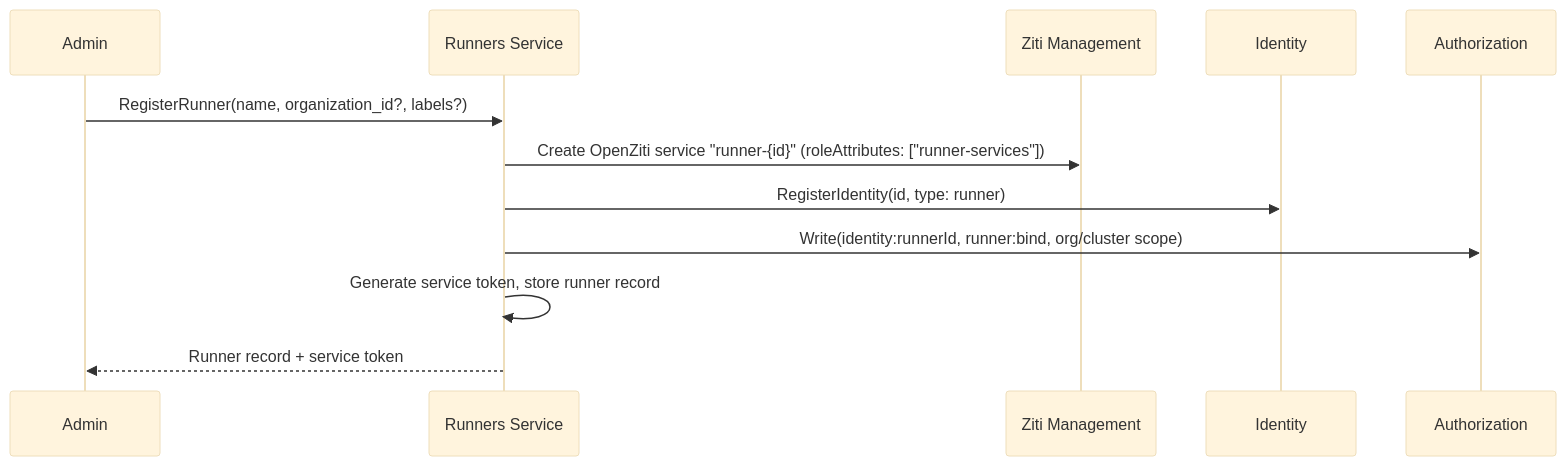
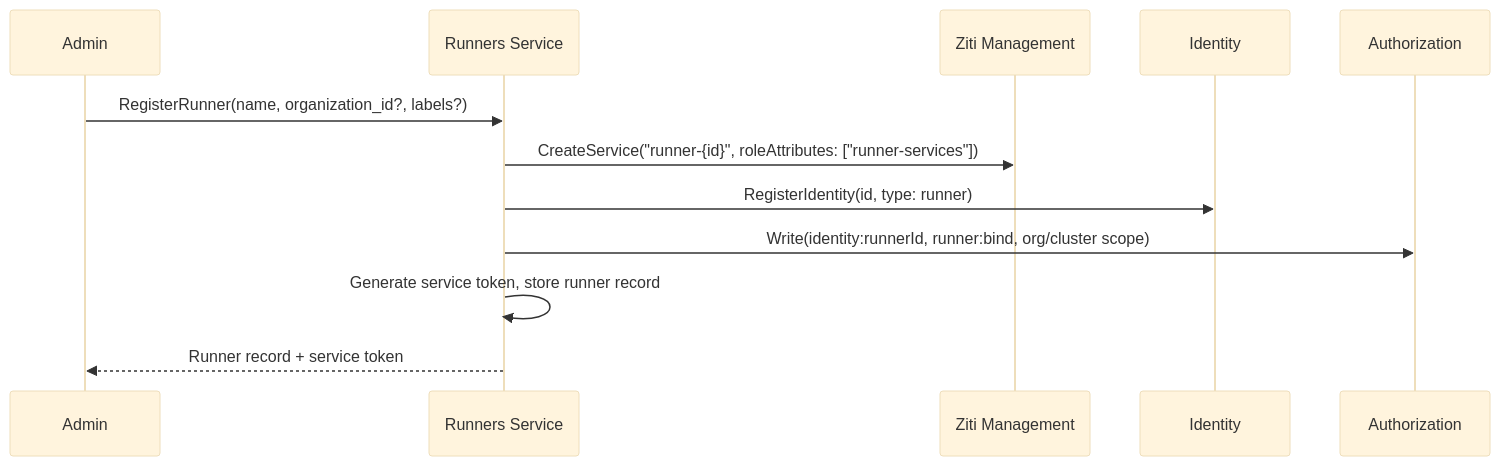
The diagram in architecture/runners.md (agynio/architecture), drawn with Mermaid (base theme) before and after one commit. The commit also changed other lines of this file and 6 other files, not shown here.

````diff
--- a/architecture/runners.md
+++ b/architecture/runners.md
@@ -90,15 +90,15 @@
 ```mermaid
 sequenceDiagram
     participant Admin as Admin
     participant RS as Runners Service
     participant ZM as Ziti Management
     participant I as Identity
     participant Auth as Authorization
 
     Admin->>RS: RegisterRunner(name, organization_id?, labels?)
-    RS->>ZM: Create OpenZiti service "runner-{id}" (roleAttributes: ["runner-services"])
+    RS->>ZM: CreateService("runner-{id}", roleAttributes: ["runner-services"])
     RS->>I: RegisterIdentity(id, type: runner)
     RS->>Auth: Write(identity:runnerId, runner:bind, org/cluster scope)
     RS->>RS: Generate service token, store runner record
     RS-->>Admin: Runner record + service token
 ```
````
